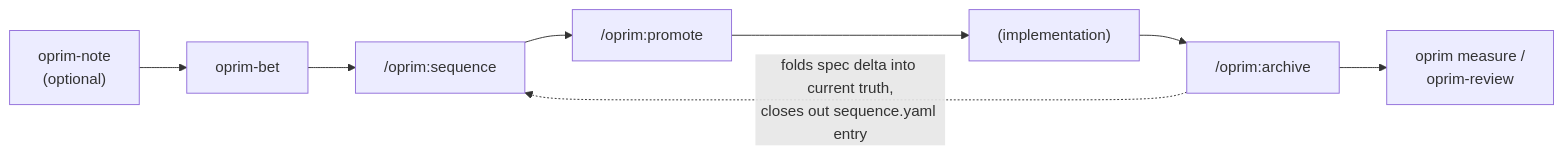
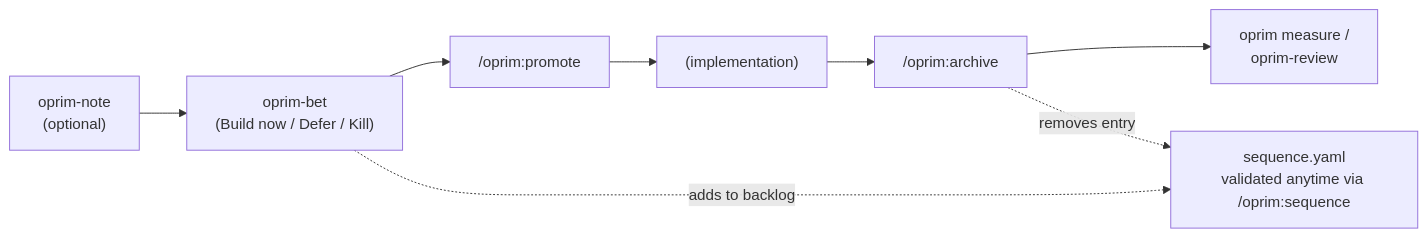
One commit to eshraw/open-product-primer changed the diagram in WORKFLOW.md. Above: the diagram before and after it, drawn with Mermaid. The commit also changed other lines of this file and 1 other file, not shown here.

````diff
--- a/WORKFLOW.md
+++ b/WORKFLOW.md
@@ -5,10 +5,11 @@
 ```mermaid
 flowchart LR
-    Note["oprim-note<br/>(optional)"] --> Bet["oprim-bet"]
-    Bet --> Sequence["/oprim:sequence"]
-    Sequence --> Promote["/oprim:promote"]
+    Note["oprim-note<br/>(optional)"] --> Bet["oprim-bet<br/>(Build now / Defer / Kill)"]
+    Bet --> Promote["/oprim:promote"]
     Promote --> Build["(implementation)"]
     Build --> Archive["/oprim:archive"]
     Archive --> Measure["oprim measure /<br/>oprim-review"]
-    Archive -.->|folds spec delta into current truth,<br/>closes out sequence.yaml entry| Sequence
+
+    Bet -.->|adds to backlog| Board["sequence.yaml<br/>validated anytime via /oprim:sequence"]
+    Archive -.->|removes entry| Board
 ```
````
